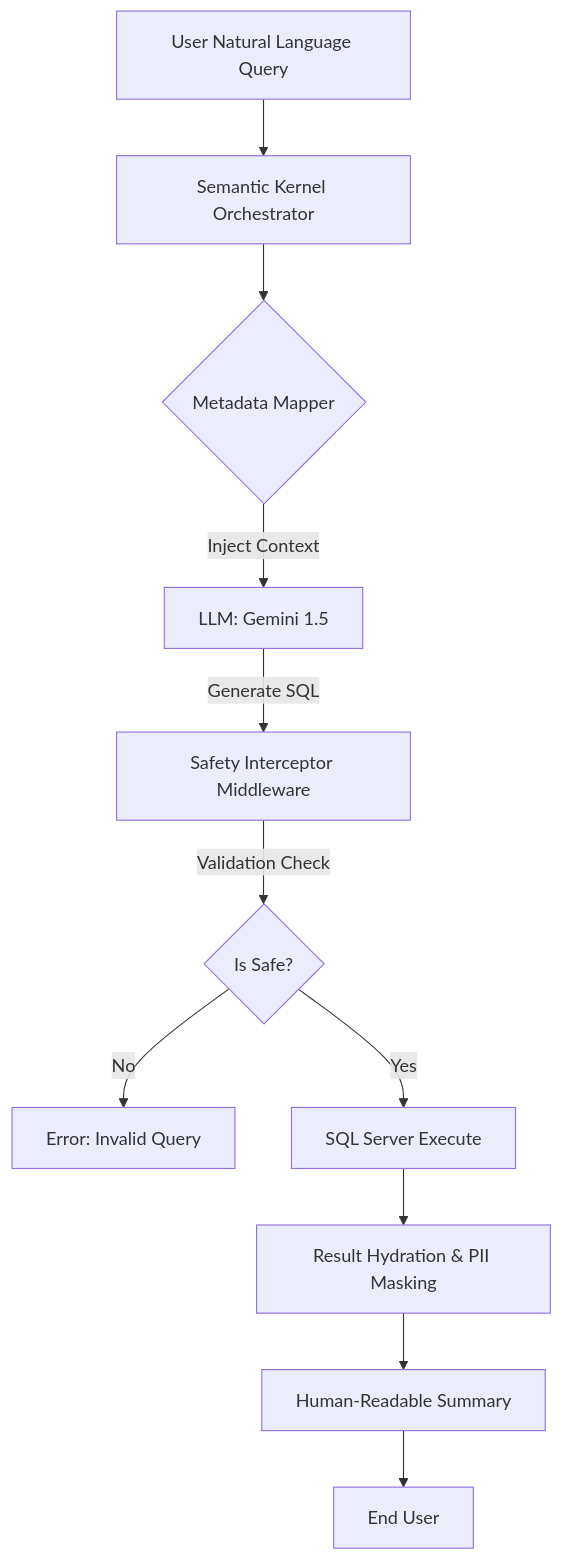
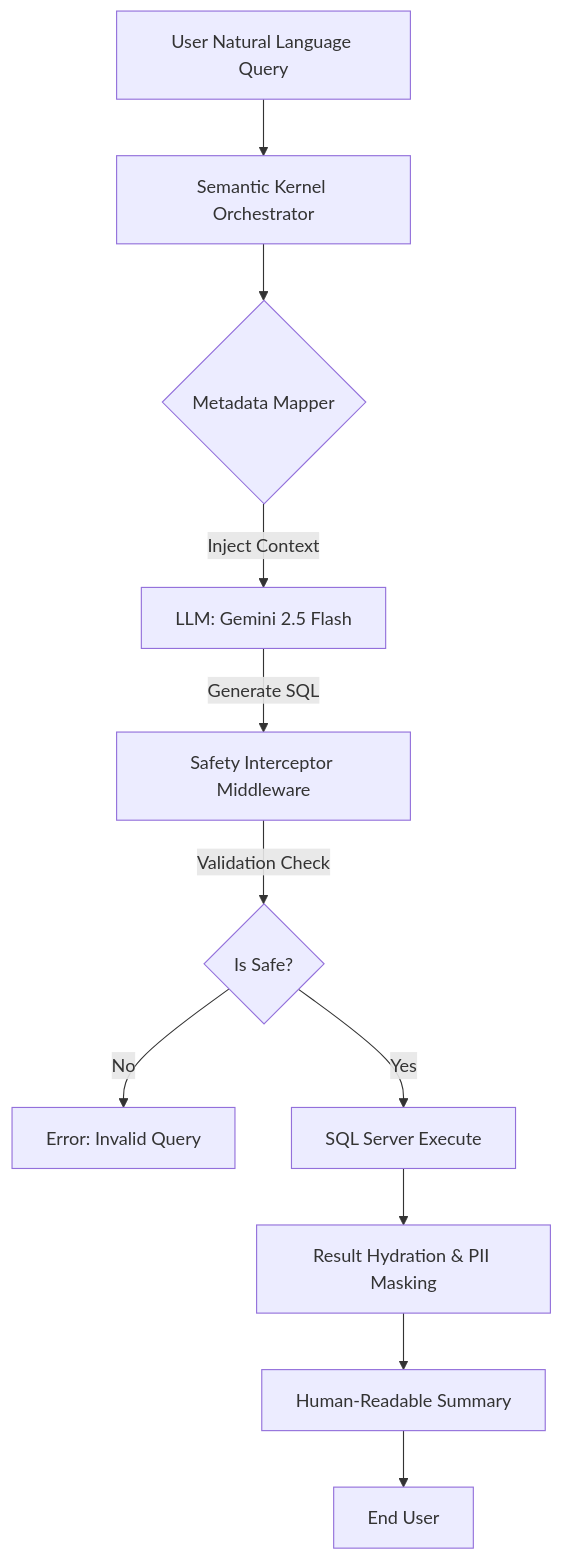
One commit to andyswain33/SQL-to-Natural-Language changed the diagram in README.md. Above: the diagram before and after it, drawn with Mermaid. The commit also changed other lines of this file, not shown here.

````diff
--- a/README.md
+++ b/README.md
@@ -73,13 +55,13 @@
 ```mermaid
 graph TD
     A[User Natural Language Query] --> B[Semantic Kernel Orchestrator]
     B --> C{Metadata Mapper}
-    C -->|Inject Context| D[LLM: Gemini 1.5]
+    C -->|Inject Context| D[LLM: Gemini 2.5 Flash]
     D -->|Generate SQL| E[Safety Interceptor Middleware]
     E -->|Validation Check| F{Is Safe?}
     F -->|No| G[Error: Invalid Query]
     F -->|Yes| H[SQL Server Execute]
     H --> I[Result Hydration & PII Masking]
     I --> J[Human-Readable Summary]
     J --> K[End User]
 ```
````
